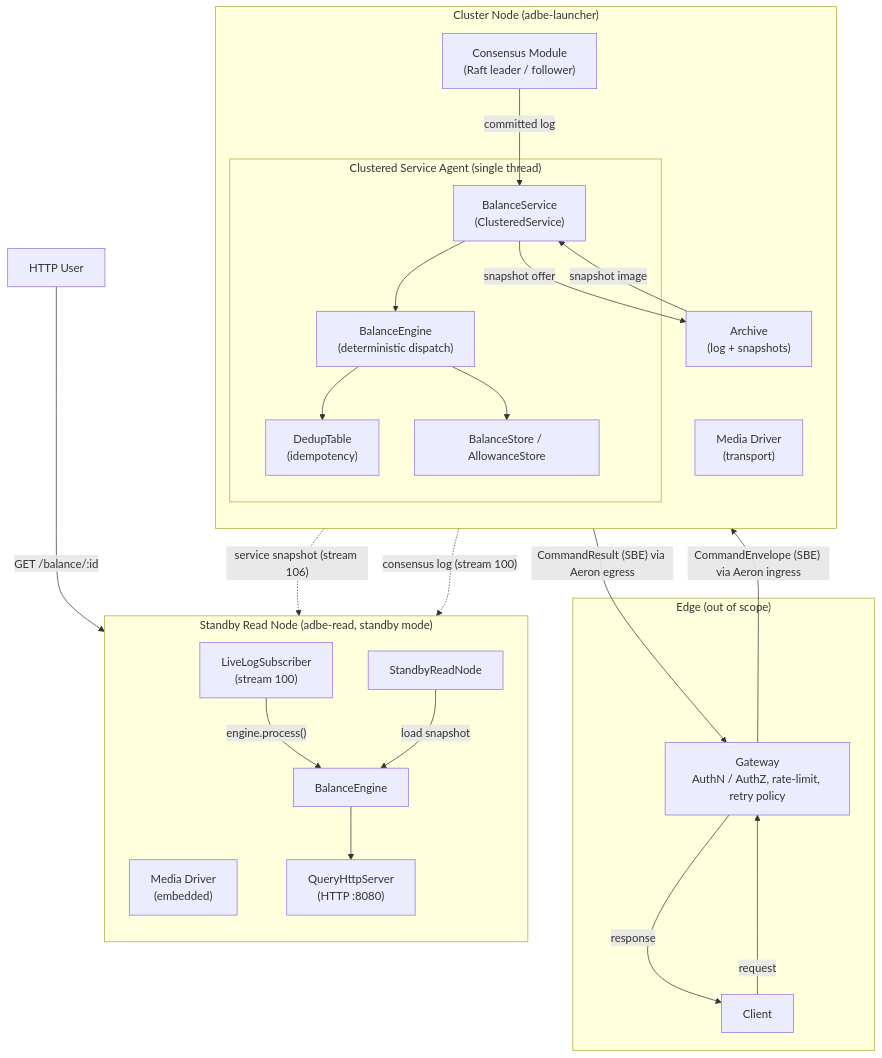
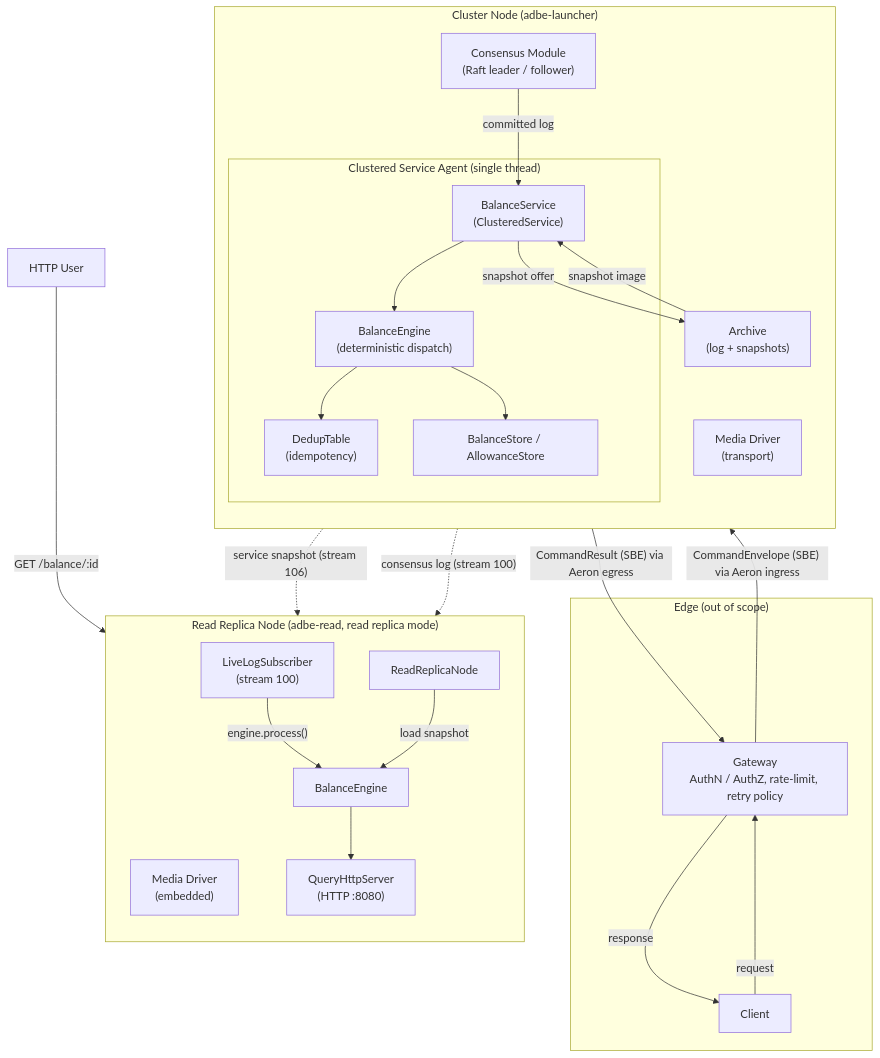
One commit to justrade-io/ledgerd changed the first of 7 diagrams in docs/ARCHITECTURE.md. Above: the diagram before and after it, drawn with Mermaid. The commit also changed other lines of this file and 21 other files, not shown here.

First line of the commit message:
feat: Introduce Read Replica Nodes for external replication via Aeron Archive

````diff
--- a/docs/ARCHITECTURE.md
+++ b/docs/ARCHITECTURE.md
@@ -140,47 +140,47 @@
 ```mermaid
 flowchart TB
     subgraph EDGE["Edge (out of scope)"]
         CLIENT["Client"]
         GW["Gateway\nAuthN / AuthZ, rate-limit, retry policy"]
     end
 
     subgraph NODE["Cluster Node (adbe-launcher)"]
         direction TB
         MD["Media Driver\n(transport)"]
         CM["Consensus Module\n(Raft leader / follower)"]
         AR["Archive\n(log + snapshots)"]
         subgraph SC["Clustered Service Agent (single thread)"]
             BS["BalanceService\n(ClusteredService)"]
             BE["BalanceEngine\n(deterministic dispatch)"]
             DT["DedupTable\n(idempotency)"]
             BM["BalanceStore / AllowanceStore"]
             BS --> BE
             BE --> DT
             BE --> BM
         end
         CM -->|" committed log "| BS
         BS -->|" snapshot offer "| AR
         AR -->|" snapshot image "| BS
     end
 
-    subgraph READ["Standby Read Node (adbe-read, standby mode)"]
+    subgraph READ["Read Replica Node (adbe-read, read replica mode)"]
         direction TB
         MD2["Media Driver\n(embedded)"]
-        SB["StandbyReadNode"]
+        SB["ReadReplicaNode"]
         LLS["LiveLogSubscriber\n(stream 100)"]
         BE2["BalanceEngine"]
         QS["QueryHttpServer\n(HTTP :8080)"]
         AR -.->|" service snapshot (stream 106) "| SB
         AR -.->|" consensus log (stream 100) "| LLS
         LLS -->|" engine.process() "| BE2
         SB -->|" load snapshot "| BE2
         BE2 --> QS
     end
 
     CLIENT -->|" request "| GW
     GW -->|" CommandEnvelope (SBE) via Aeron ingress "| CM
     BS -->|" CommandResult (SBE) via Aeron egress "| GW
     GW -->|" response "| CLIENT
 
     USER["HTTP User"] -->|" GET /balance/:id "| QS
 ```
````
